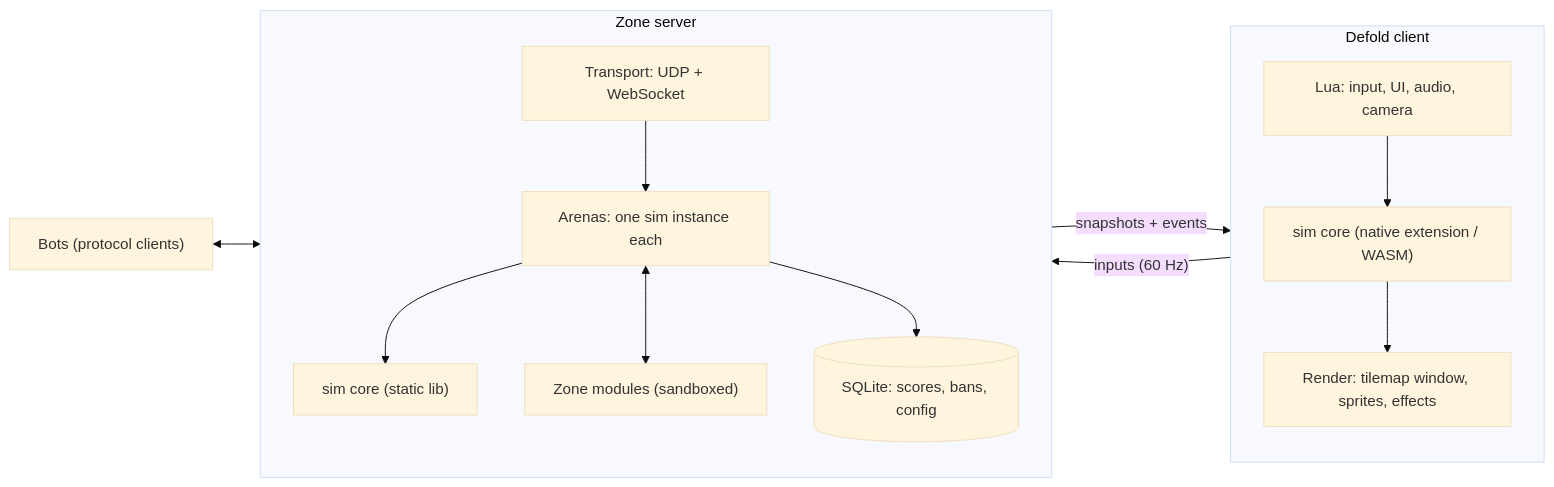
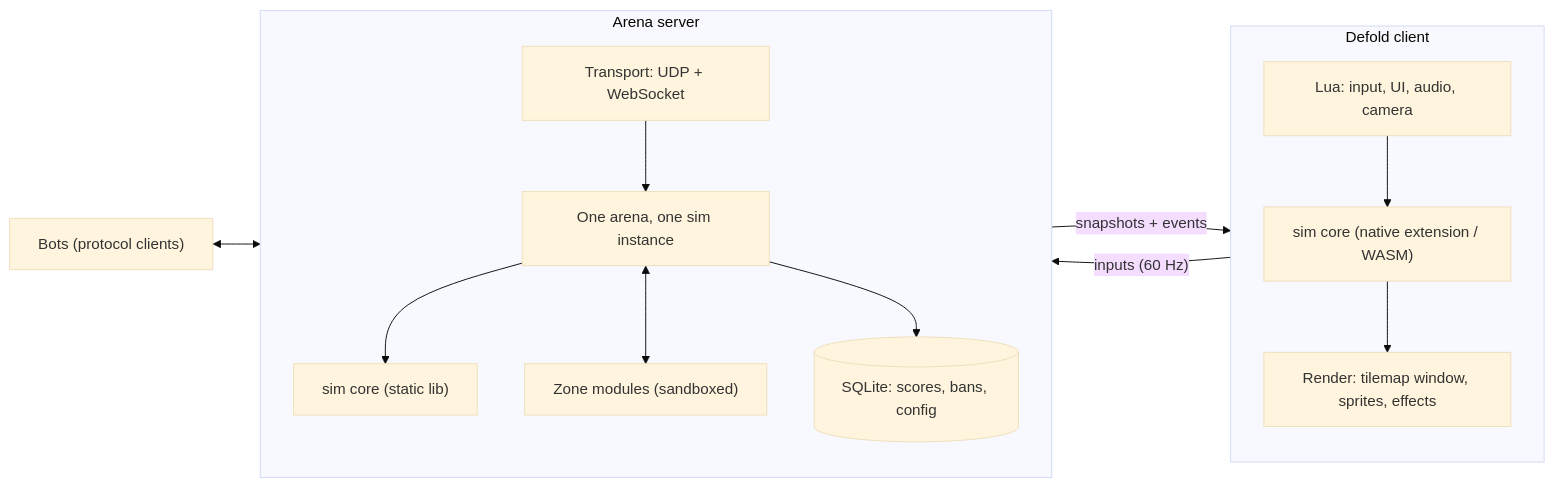
Before and after one commit to criccomini/vectorwake: the diagram in docs/architecture/README.md, drawn with Mermaid (base theme). The commit also changed other lines of this file and 12 other files, not shown here.

First line of the commit message:
Design: the zone, directory and arena structure

````diff
--- a/docs/architecture/README.md
+++ b/docs/architecture/README.md
@@ -37,25 +47,25 @@
 ```mermaid
 flowchart LR
     subgraph Client["Defold client"]
         L["Lua: input, UI, audio, camera"]
         R["Render: tilemap window, sprites, effects"]
         SC1["sim core (native extension / WASM)"]
         L --> SC1
         SC1 --> R
     end
 
-    subgraph Server["Zone server"]
+    subgraph Server["Arena server"]
         NET["Transport: UDP + WebSocket"]
-        AR["Arenas: one sim instance each"]
+        AR["One arena, one sim instance"]
         SC2["sim core (static lib)"]
         MOD["Zone modules (sandboxed)"]
         DB[("SQLite: scores, bans, config")]
         NET --> AR --> SC2
         AR <--> MOD
         AR --> DB
     end
 
     Client -- "inputs (60 Hz)" --> Server
     Server -- "snapshots + events" --> Client
     Bots["Bots (protocol clients)"] <--> Server
 ```
````
